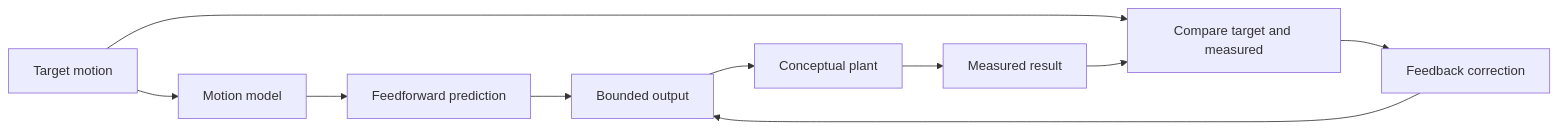
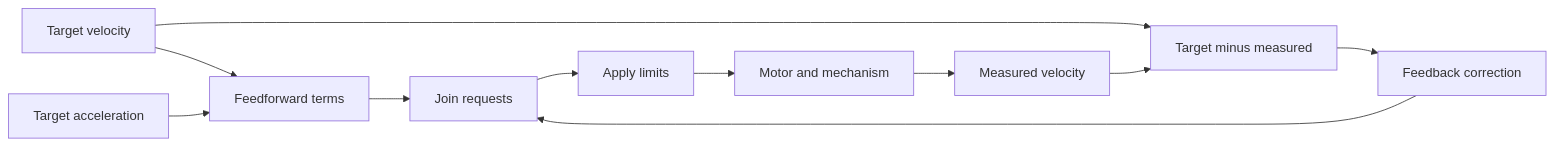
One commit to ARES-23247/ARESWEB changed the diagram in content/learning/controls/02-feedforward-response.md. Above: the diagram before and after it, drawn with Mermaid. The commit also changed other lines of this file and 8 other files, not shown here.

````diff
--- a/content/learning/controls/02-feedforward-response.md
+++ b/content/learning/controls/02-feedforward-response.md
@@ -58,13 +57,14 @@
 ```mermaid
-%% aria: The target enters a motion model and produces feedforward. The target is also compared with the measured result to produce feedback. Both outputs join before the conceptual plant. The plant returns a measured value.
+%% aria: Target velocity and target acceleration enter the feedforward model. A separate comparison subtracts measured velocity from target velocity to form feedback error. Feedforward and feedback join before limits. The bounded request goes to the plant, which returns a measurement.
 flowchart LR
-  T["Target motion"] --> M["Motion model"]
-  M --> F["Feedforward prediction"]
-  T --> E["Compare target and measured"]
-  R["Measured result"] --> E
-  E --> C["Feedback correction"]
-  F --> O["Bounded output"]
-  C --> O
-  O --> P["Conceptual plant"]
-  P --> R
+    V["Target velocity"] --> F["Feedforward terms"]
+    A["Target acceleration"] --> F
+    V --> E["Target minus measured"]
+    M["Measured velocity"] --> E
+    E --> B["Feedback correction"]
+    F --> J["Join requests"]
+    B --> J
+    J --> L["Apply limits"]
+    L --> P["Motor and mechanism"]
+    P --> M
 ```
````
